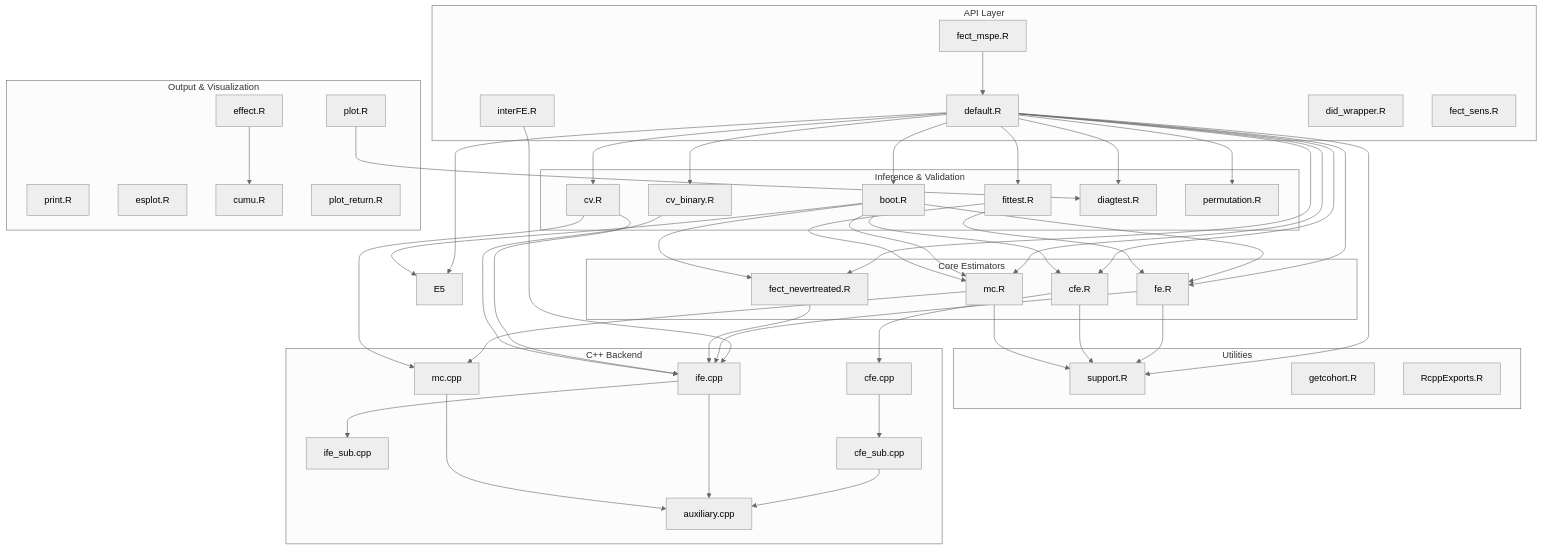
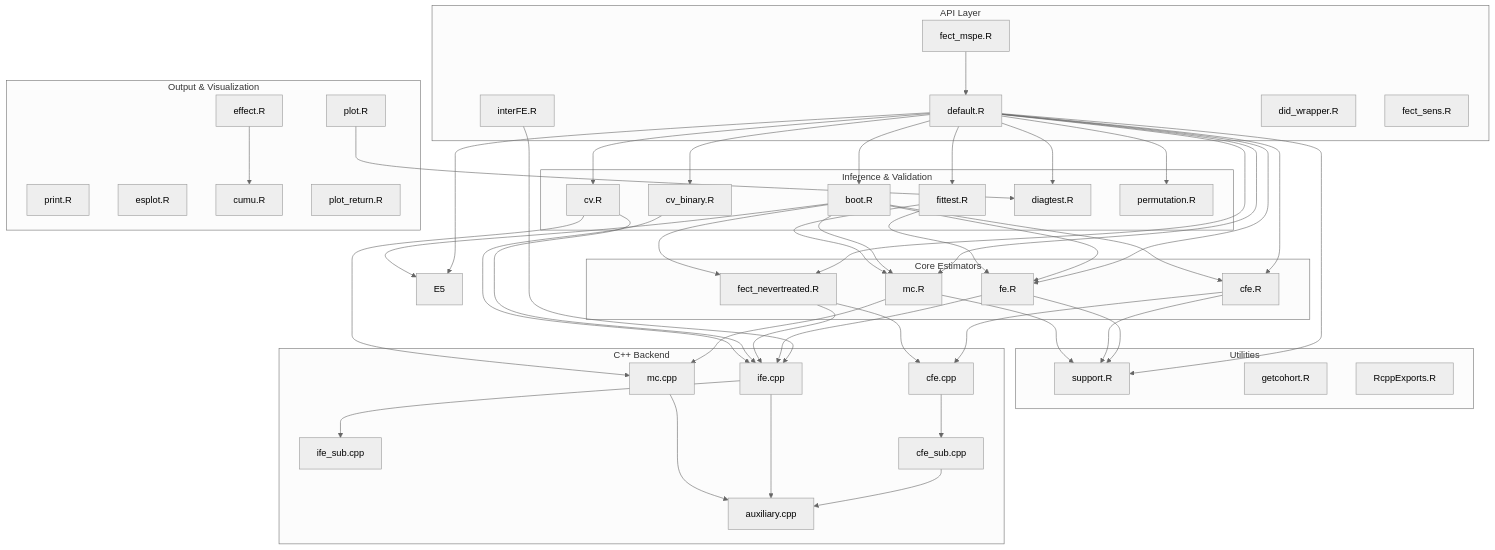
One commit to xuyiqing/fect changed the first of 4 diagrams in architecture.md. Above: the diagram before and after it, drawn with Mermaid. The commit also changed other lines of this file and 6 other files, not shown here.

```diff
--- a/architecture.md
+++ b/architecture.md
@@ -82,6 +82,7 @@
     E2 --> C2
     E3 --> C3
     E4 --> C1
+    E4 --> C2
     I1 --> E1
     I1 --> E2
     I1 --> E3
```
